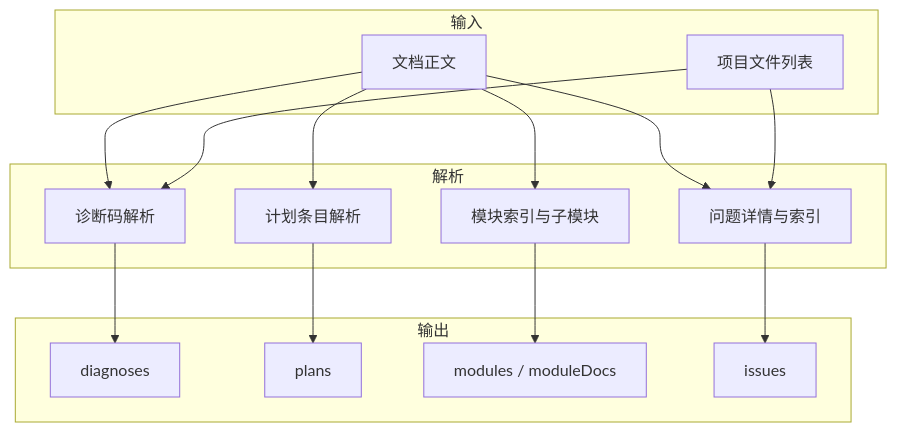
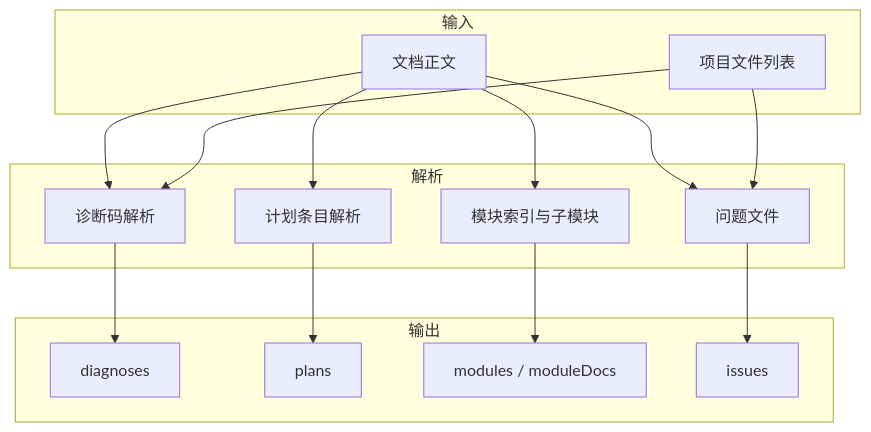
The first of 3 diagrams in .coder/design/module-0002.md (Cangjier/coder), drawn with Mermaid before and after one commit. The commit also changed other lines of this file and 19 other files, not shown here.

````diff
--- a/.coder/design/module-0002.md
+++ b/.coder/design/module-0002.md
@@ -4,29 +4,29 @@
 ```mermaid
 flowchart TB
   subgraph 输入
     text["文档正文"]
     files["项目文件列表"]
   end
   subgraph 解析
     diag["诊断码解析"]
     plan["计划条目解析"]
     module["模块索引与子模块"]
-    issue["问题详情与索引"]
+    issue["问题文件"]
   end
   subgraph 输出
     codes["diagnoses"]
     plans["plans"]
     modules["modules / moduleDocs"]
     issues["issues"]
   end
   text --> diag
   text --> plan
   text --> module
   text --> issue
   files --> diag
   files --> issue
   diag --> codes
   plan --> plans
   module --> modules
   issue --> issues
 ```
````
